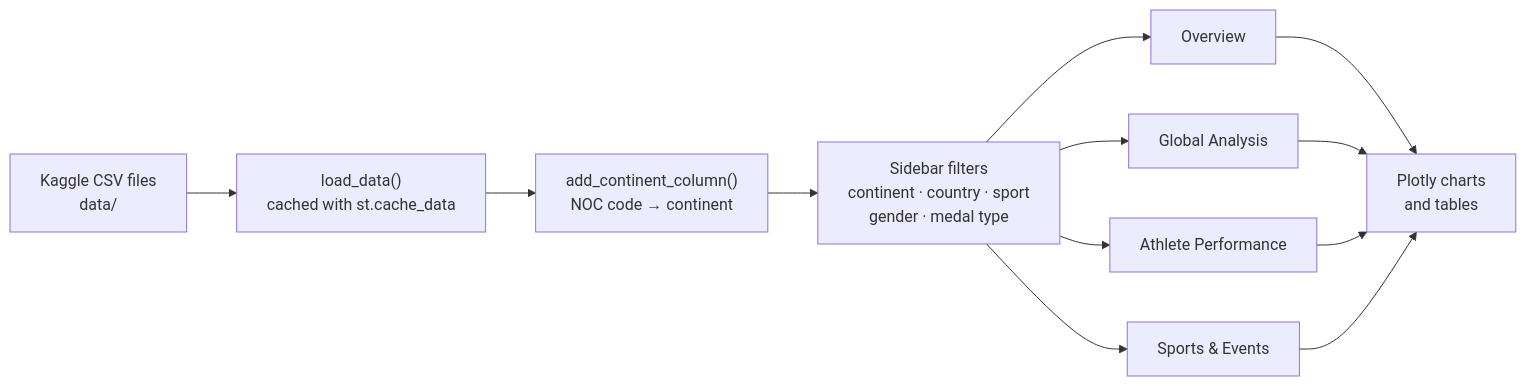
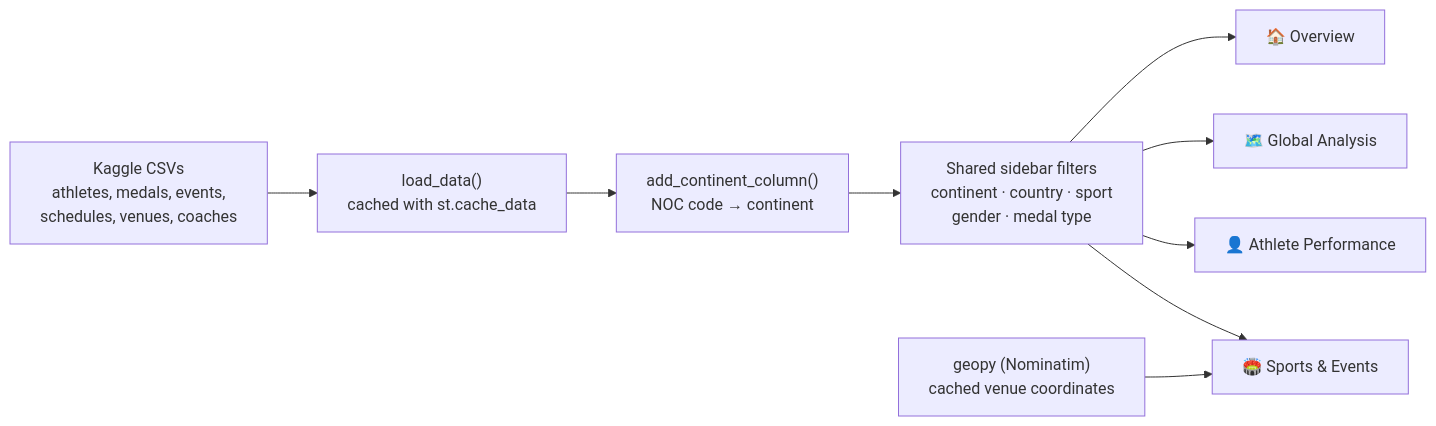
One commit to Inesaini/olympics-dashboard changed the diagram in README.md. Above: the diagram before and after it, drawn with Mermaid. The commit also changed other lines of this file and 6 other files, not shown here.

````diff
--- a/README.md
+++ b/README.md
@@ -21,11 +20,11 @@
 ```mermaid
 flowchart LR
-    A["Kaggle CSV files<br/>data/"] --> B["load_data()<br/>cached with st.cache_data"]
+    A["Kaggle CSVs<br/>athletes, medals, events,<br/>schedules, venues, coaches"] --> B["load_data()<br/>cached with st.cache_data"]
     B --> C["add_continent_column()<br/>NOC code → continent"]
-    C --> F["Sidebar filters<br/>continent · country · sport<br/>gender · medal type"]
-    F --> P1["Overview"]
-    F --> P2["Global Analysis"]
-    F --> P3["Athlete Performance"]
-    F --> P4["Sports & Events"]
-    P1 & P2 & P3 & P4 --> V["Plotly charts<br/>and tables"]
+    C --> F["Shared sidebar filters<br/>continent · country · sport<br/>gender · medal type"]
+    F --> P1["🏠 Overview"]
+    F --> P2["🗺️ Global Analysis"]
+    F --> P3["👤 Athlete Performance"]
+    F --> P4["🏟️ Sports & Events"]
+    G["geopy (Nominatim)<br/>cached venue coordinates"] --> P4
 ```
````
